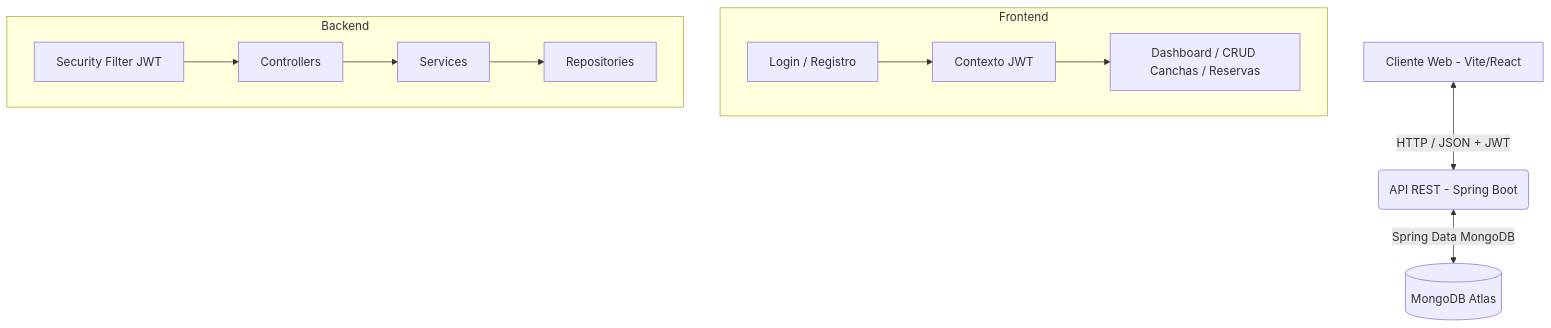
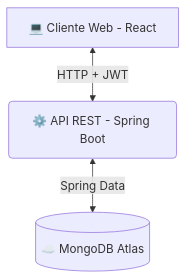
One commit to Estebann8312/FutReserve changed the diagram in README.md. Above: the diagram before and after it, drawn with Mermaid. The commit also changed other lines of this file, not shown here.

````diff
--- a/README.md
+++ b/README.md
@@ -28,16 +42,5 @@
 ```mermaid
 graph TD
-    A[Cliente Web - Vite/React] <-->|HTTP / JSON + JWT| B(API REST - Spring Boot)
-    B <-->|Spring Data MongoDB| C[(MongoDB Atlas)]
-    
-    subgraph Frontend
-    A1[Login / Registro] --> A2[Contexto JWT]
-    A2 --> A3[Dashboard / CRUD Canchas / Reservas]
-    end
-    
-    subgraph Backend
-    B1[Security Filter JWT] --> B2[Controllers]
-    B2 --> B3[Services]
-    B3 --> B4[Repositories]
-    end
+    A[💻 Cliente Web - React] <-->|HTTP + JWT| B(⚙️ API REST - Spring Boot)
+    B <-->|Spring Data| C[(☁️ MongoDB Atlas)]
 ```
````
